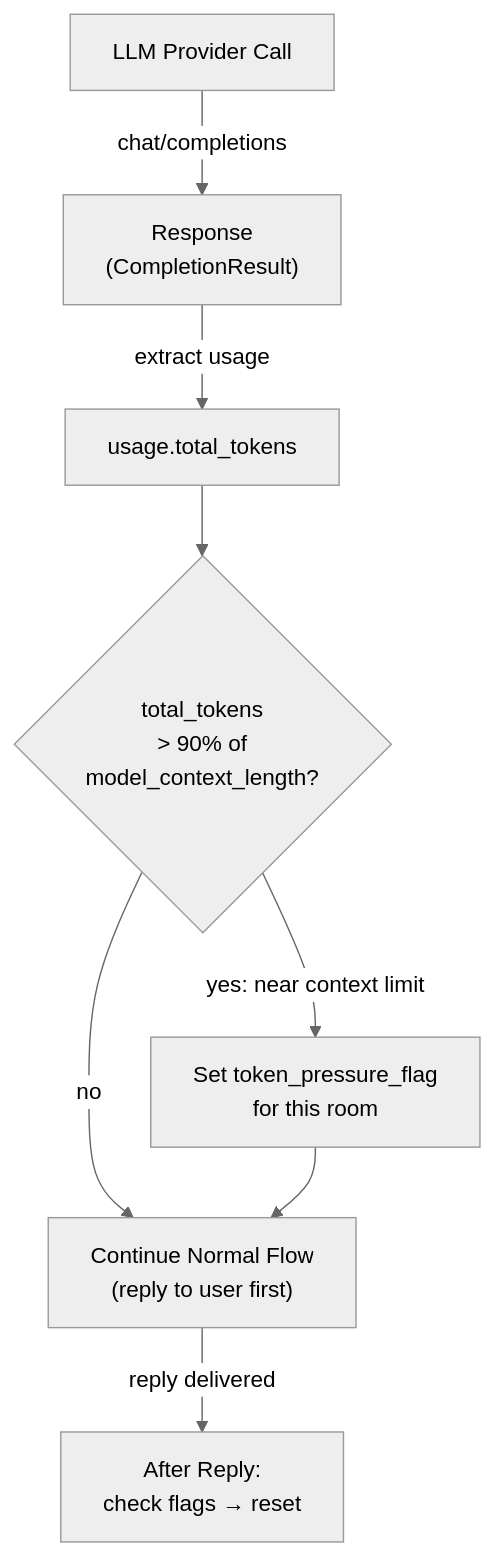
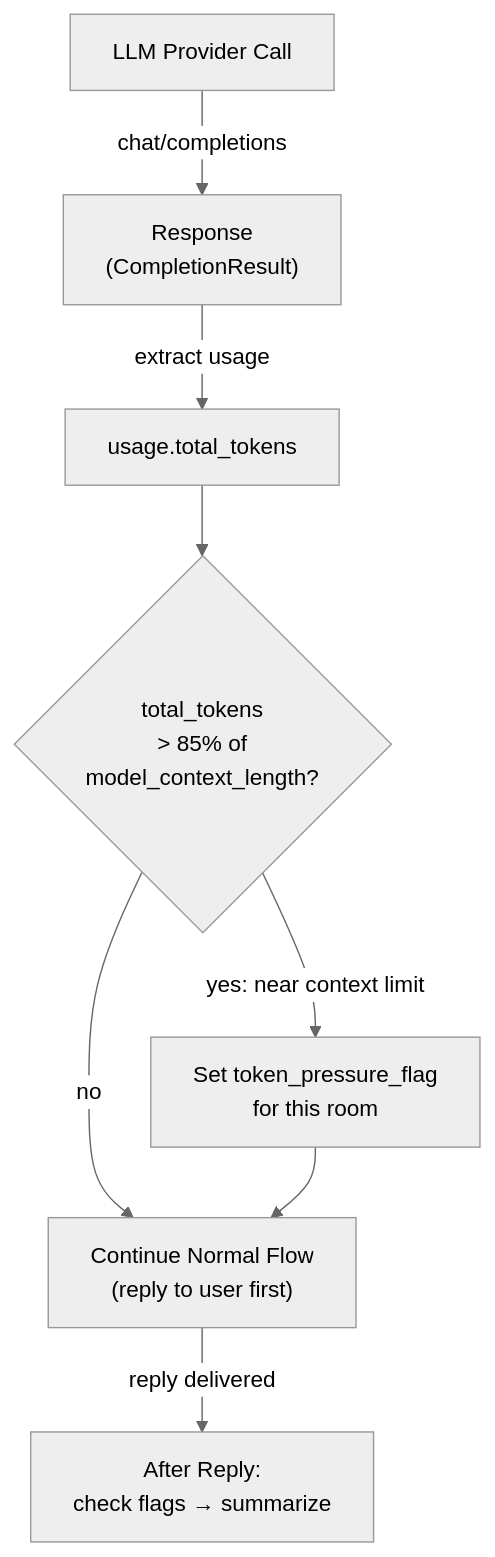
The fifth of 8 diagrams in _dfd/memory/memory-reset.md (cosmoswafer/rockbot), drawn with Mermaid (neutral theme) before and after one commit. The commit also changed other lines of this file and 10 other files, not shown here.

````diff
--- a/_dfd/memory/memory-reset.md
+++ b/_dfd/memory/memory-reset.md
@@ -155,18 +160,18 @@
 ```mermaid
 flowchart TD
     LLM_CALL[LLM Provider Call]
     RESP["Response<br/>(CompletionResult)"]
     USAGE["usage.total_tokens"]
-    CHECK{"total_tokens<br/>> 90% of<br/>model_context_length?"}
+    CHECK{"total_tokens<br/>> 85% of<br/>model_context_length?"}
     SET_FLAG["Set token_pressure_flag<br/>for this room"]
     CONTINUE["Continue Normal Flow<br/>(reply to user first)"]
 
     LLM_CALL -->|"chat/completions"| RESP
     RESP -->|"extract usage"| USAGE
     USAGE --> CHECK
     CHECK -->|"yes: near context limit"| SET_FLAG
     CHECK -->|"no"| CONTINUE
     SET_FLAG --> CONTINUE
 
-    CONTINUE -->|"reply delivered"| POST[After Reply:<br/>check flags → reset]
+    CONTINUE -->|"reply delivered"| POST[After Reply:<br/>check flags → summarize]
 ```
````
